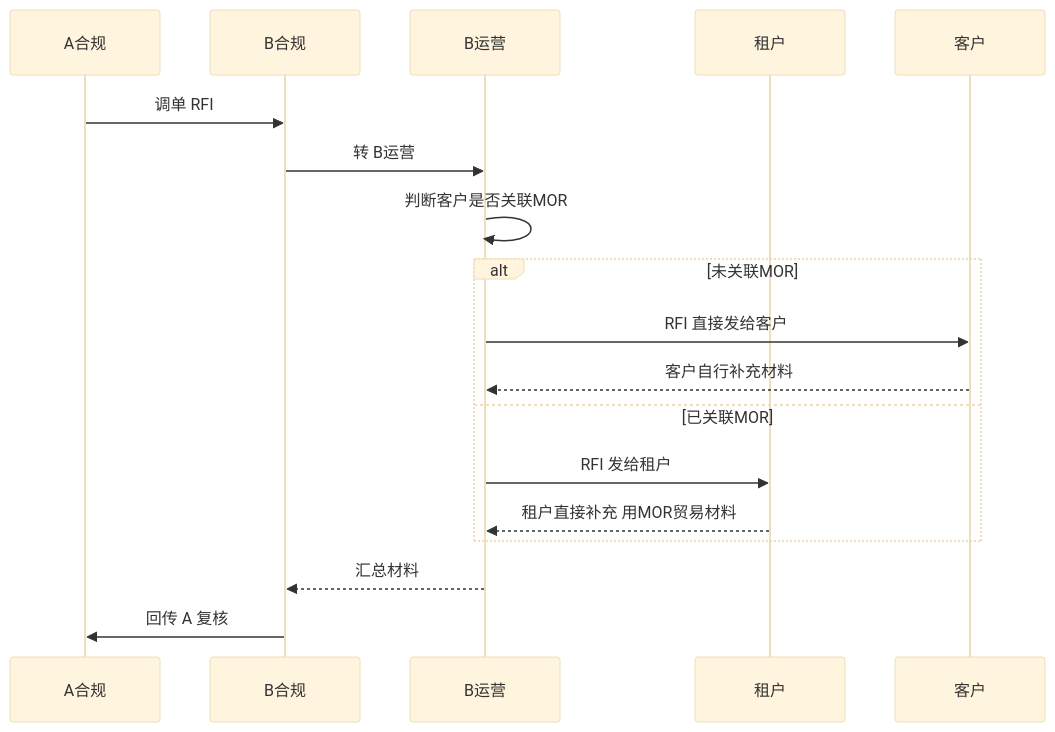
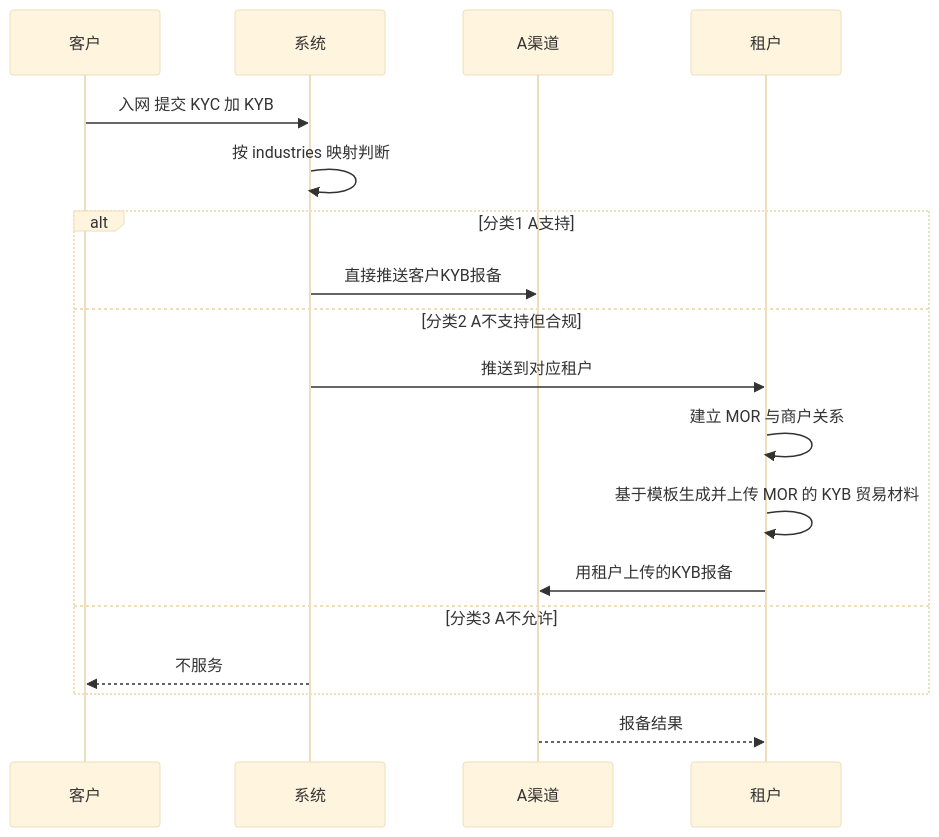
The third of 6 diagrams in MORSolutions/解决方案/MOR模式-受控租户方案.md (xiaoxiaoangie/EX-NEW), drawn with Mermaid (base theme) before and after one commit. The commit also changed other lines of this file and 24 other files, not shown here.

````diff
--- a/MORSolutions/解决方案/MOR模式-受控租户方案.md
+++ b/MORSolutions/解决方案/MOR模式-受控租户方案.md
@@ -88,20 +102,20 @@
 ```mermaid
 sequenceDiagram
-    participant A as A合规
-    participant BC as B合规
-    participant BO as B运营
+    participant C as 客户
+    participant SYS as 系统
+    participant A as A渠道
     participant TEN as 租户
-    participant C as 客户
-    A->>BC: 调单 RFI
-    BC->>BO: 转 B运营
-    BO->>BO: 判断客户是否关联MOR
-    alt 未关联MOR
-        BO->>C: RFI 直接发给客户
-        C-->>BO: 客户自行补充材料
-    else 已关联MOR
-        BO->>TEN: RFI 发给租户
-        TEN-->>BO: 租户直接补充 用MOR贸易材料
+    C->>SYS: 入网 提交 KYC 加 KYB
+    SYS->>SYS: 按 industries 映射判断
+    alt 分类1 A支持
+        SYS->>A: 直接推送客户KYB报备
+    else 分类2 A不支持但合规
+        SYS->>TEN: 推送到对应租户
+        TEN->>TEN: 建立 MOR 与商户关系
+        TEN->>TEN: 基于模板生成并上传 MOR 的 KYB 贸易材料
+        TEN->>A: 用租户上传的KYB报备
+    else 分类3 A不允许
+        SYS-->>C: 不服务
     end
-    BO-->>BC: 汇总材料
-    BC->>A: 回传 A 复核
+    A-->>TEN: 报备结果
 ```
````
